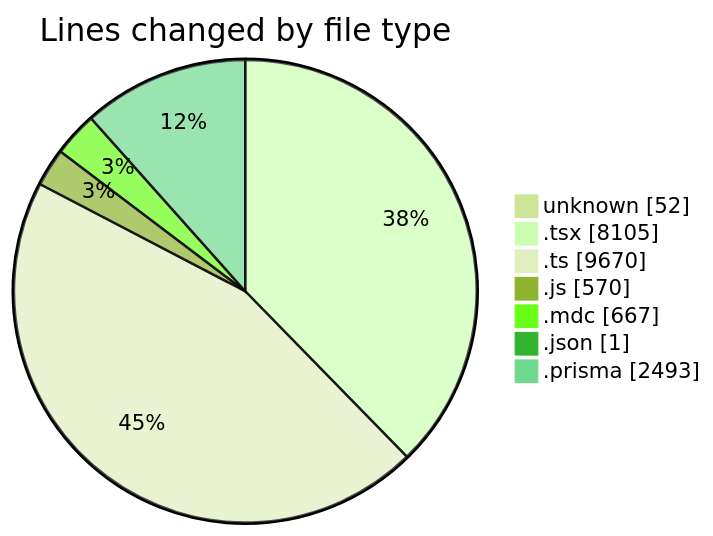
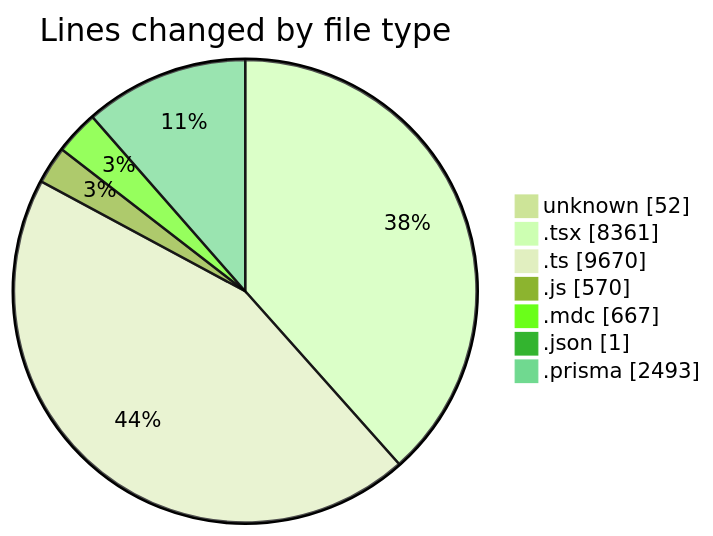
One commit to CELIANVF/code-tracking changed the first of 2 diagrams in 2025-06-02/ecodeli-1/README.md. Above: the diagram before and after it, drawn with Mermaid (forest theme). The commit also changed other lines of this file and 1 other file, not shown here.

````diff
--- a/2025-06-02/ecodeli-1/README.md
+++ b/2025-06-02/ecodeli-1/README.md
@@ -89,11 +90,11 @@
 ```mermaid
 pie showData
 title Lines changed by file type
 "unknown" : 52
-".tsx" : 8105
+".tsx" : 8361
 ".ts" : 9670
 ".js" : 570
 ".mdc" : 667
 ".json" : 1
 ".prisma" : 2493
 ```
````
